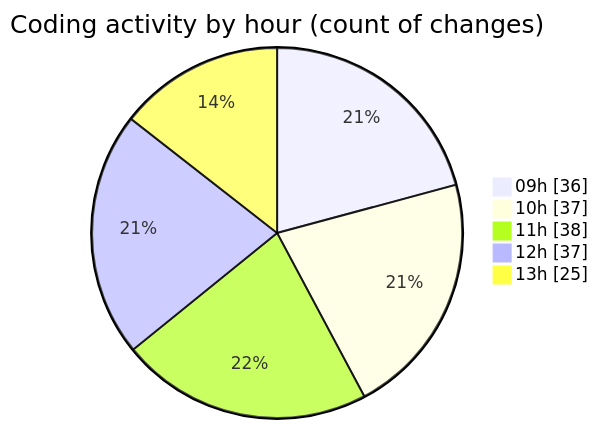
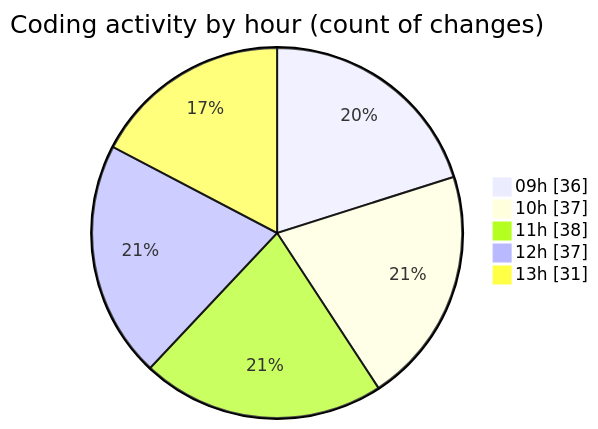
Before and after one commit to momahboobian/code-tracking: the second of 2 diagrams in 2026-04-16/cda/README.md, drawn with Mermaid. The commit also changed other lines of this file and 1 other file, not shown here.

````diff
--- a/2026-04-16/cda/README.md
+++ b/2026-04-16/cda/README.md
@@ -32,9 +32,9 @@
 ```mermaid
 pie showData
 title Coding activity by hour (count of changes)
 "09h" : 36
 "10h" : 37
 "11h" : 38
 "12h" : 37
-"13h" : 25
+"13h" : 31
 ```
````
